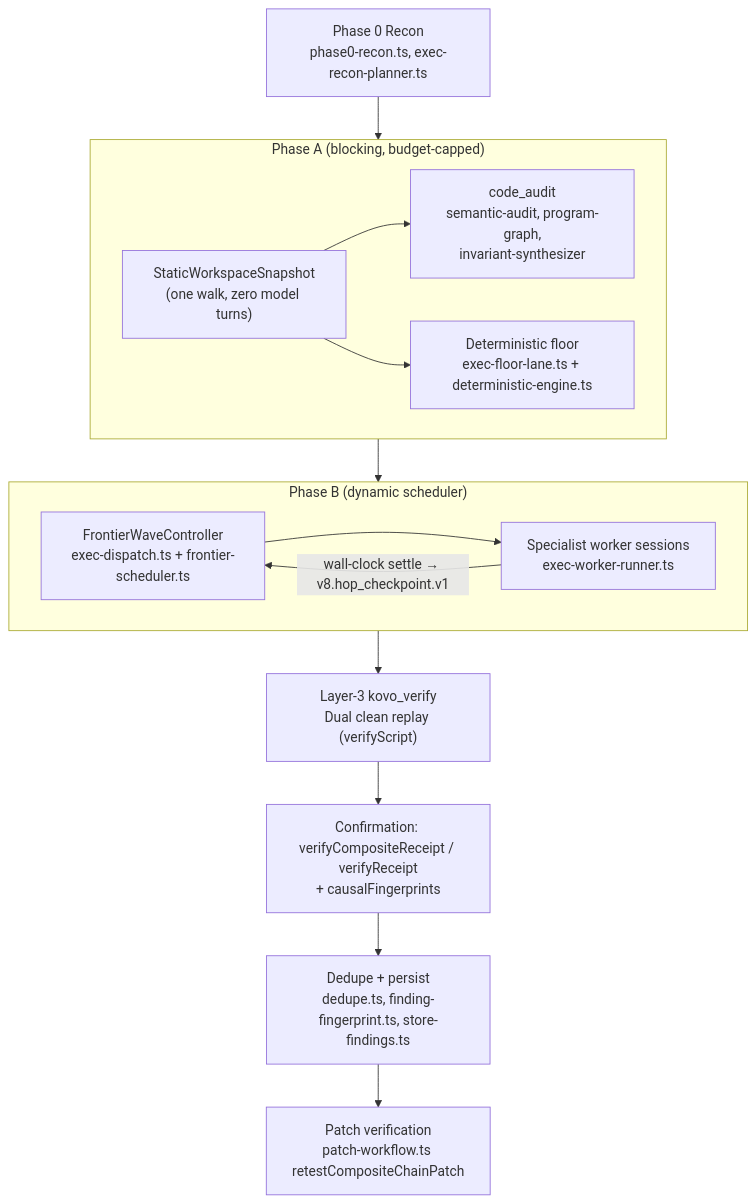
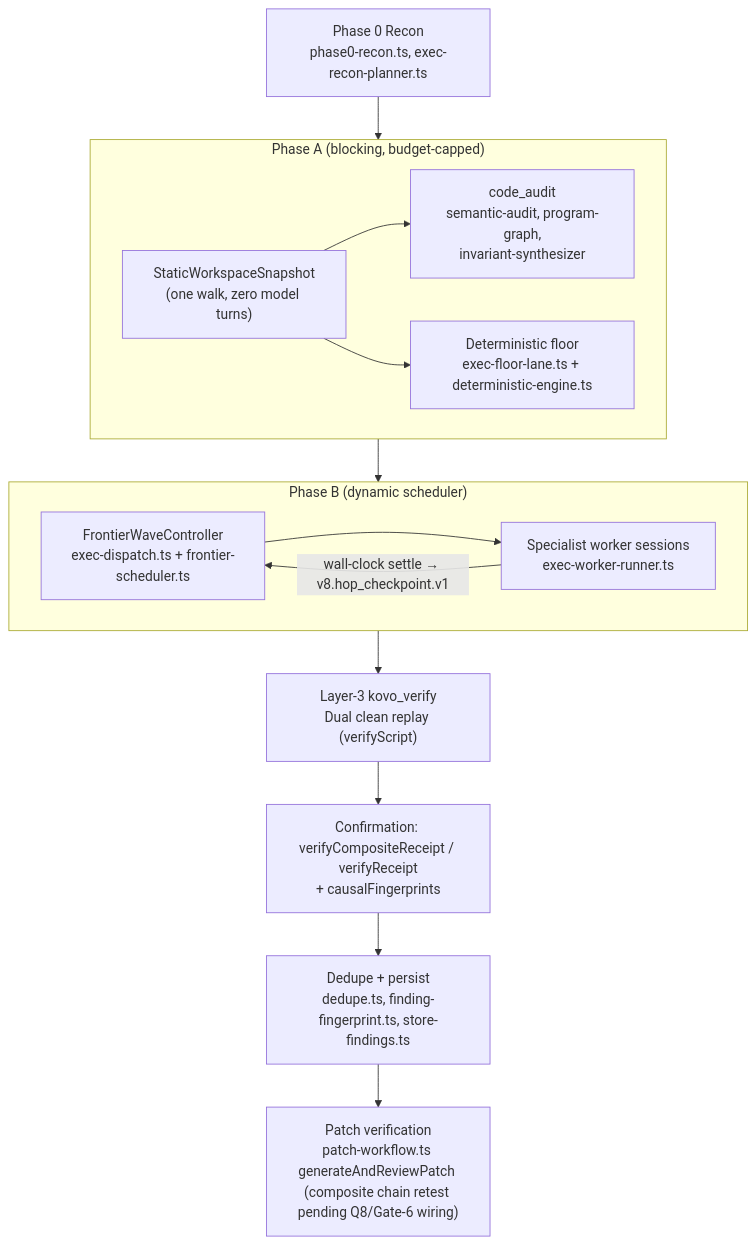
The second of 5 diagrams in ARCHITECTURE.md (kovo-sh/kovo), drawn with Mermaid before and after one commit. The commit also changed other lines of this file and 7 other files, not shown here.

````diff
--- a/ARCHITECTURE.md
+++ b/ARCHITECTURE.md
@@ -122,17 +122,17 @@
 ```mermaid
 flowchart TD
   P0["Phase 0 Recon<br/>phase0-recon.ts, exec-recon-planner.ts"] --> PA
   subgraph PA["Phase A (blocking, budget-capped)"]
     SNAP["StaticWorkspaceSnapshot<br/>(one walk, zero model turns)"] --> CA["code_audit<br/>semantic-audit, program-graph,<br/>invariant-synthesizer"]
     SNAP --> FL["Deterministic floor<br/>exec-floor-lane.ts + deterministic-engine.ts"]
   end
   PA --> PB
   subgraph PB["Phase B (dynamic scheduler)"]
     FW["FrontierWaveController<br/>exec-dispatch.ts + frontier-scheduler.ts"] --> WK["Specialist worker sessions<br/>exec-worker-runner.ts"]
     WK -->|"wall-clock settle → v8.hop_checkpoint.v1"| FW
   end
   PB --> L3["Layer-3 kovo_verify<br/>Dual clean replay (verifyScript)"]
   L3 --> CF["Confirmation: verifyCompositeReceipt / verifyReceipt<br/>+ causalFingerprints"]
   CF --> DD["Dedupe + persist<br/>dedupe.ts, finding-fingerprint.ts, store-findings.ts"]
-  DD --> PV["Patch verification<br/>patch-workflow.ts retestCompositeChainPatch"]
+  DD --> PV["Patch verification<br/>patch-workflow.ts generateAndReviewPatch (composite chain retest pending Q8/Gate-6 wiring)"]
 ```
````
